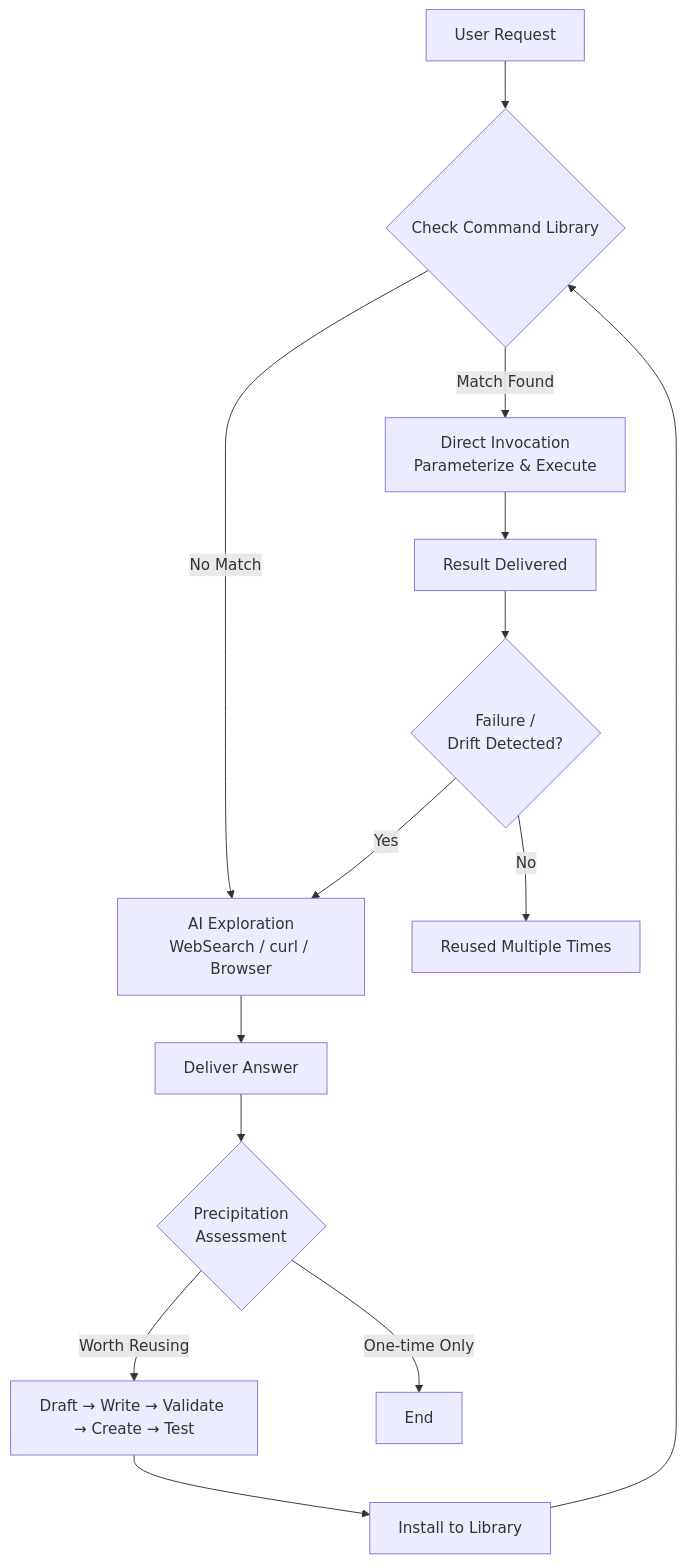
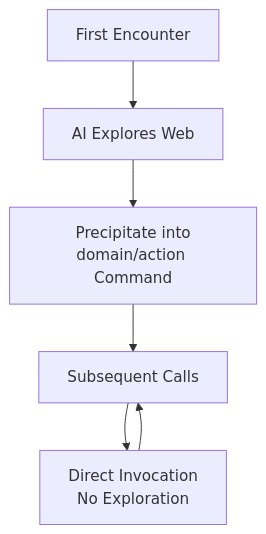
One commit to bqw1013/WebSculpt changed the diagram in README.md. Above: the diagram before and after it, drawn with Mermaid. The commit also changed other lines of this file and 1 other file, not shown here.

Commit message:
docs: simplify mermaid diagram and add star history chart

````diff
--- a/README.md
+++ b/README.md
@@ -18,16 +18,8 @@
 ```mermaid
 flowchart TD
-    A[User Request] --> B{Check Command Library}
-    B -->|Match Found| C[Direct Invocation<br/>Parameterize & Execute]
-    B -->|No Match| D[AI Exploration<br/>WebSearch / curl / Browser]
-    D --> E[Deliver Answer]
-    E --> F{Precipitation<br/>Assessment}
-    F -->|Worth Reusing| G[Draft → Write → Validate → Create → Test]
-    G --> H[Install to Library]
-    H --> B
-    F -->|One-time Only| I[End]
-    C --> J[Result Delivered]
-    J --> K{Failure /<br/>Drift Detected?}
-    K -->|Yes| D
-    K -->|No| L[Reused Multiple Times]
+    A[First Encounter] --> B[AI Explores Web]
+    B --> C[Precipitate into<br/>domain/action Command]
+    C --> D[Subsequent Calls]
+    D --> E[Direct Invocation<br/>No Exploration]
+    E --> D
 ```
````
